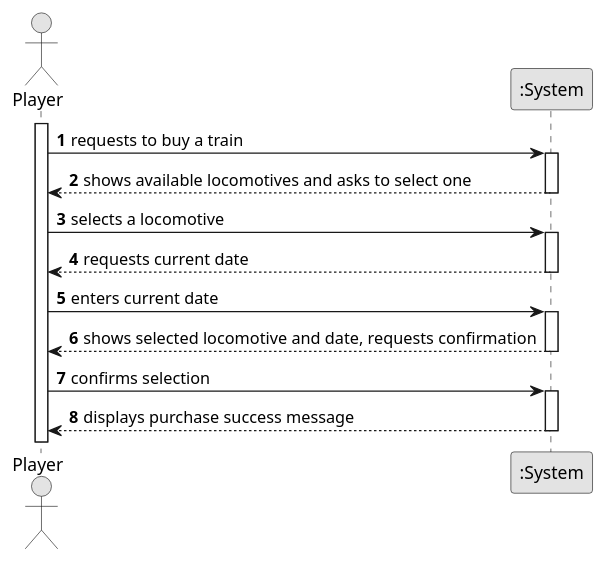
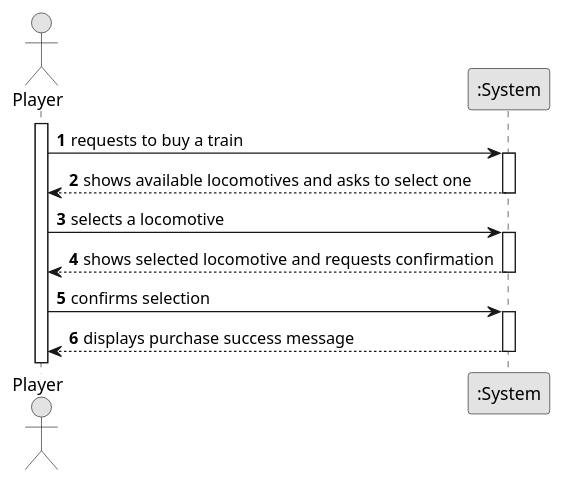
One commit to 1240826/empire-on-tracks changed the diagram in docs/system-documentation/US009/01.requirements-engineering/puml/US009-SSD.puml. Above: the diagram before and after it, drawn with PlantUML. The commit also changed 7 other files, not shown here.

```diff
--- a/docs/system-documentation/US009/01.requirements-engineering/puml/US009-SSD.puml
+++ b/docs/system-documentation/US009/01.requirements-engineering/puml/US009-SSD.puml
@@ -1,37 +1,31 @@
 @startuml
 skinparam monochrome true
 skinparam packageStyle rectangle
 skinparam shadowing false
 
 autonumber
 
 actor "Player" as Player
 participant ":System" as System
 
 activate Player
 
     Player -> System : requests to buy a train
     activate System
 
         System --> Player : shows available locomotives and asks to select one
     deactivate System
 
     Player -> System : selects a locomotive
     activate System
 
-        System --> Player : requests current date
-    deactivate System
-
-    Player -> System : enters current date
-    activate System
-
-        System --> Player : shows selected locomotive and date, requests confirmation
+            System --> Player : shows selected locomotive and requests confirmation
     deactivate System
 
     Player -> System : confirms selection
     activate System
 
         System --> Player : displays purchase success message
     deactivate System
 
 @enduml
```
